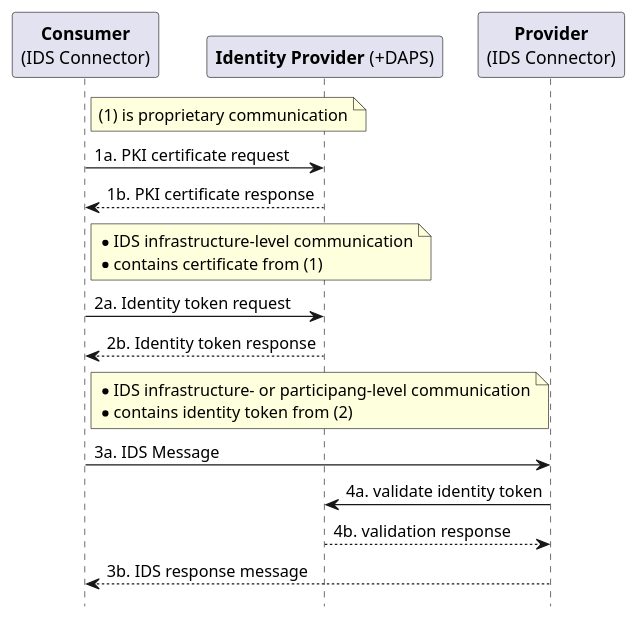
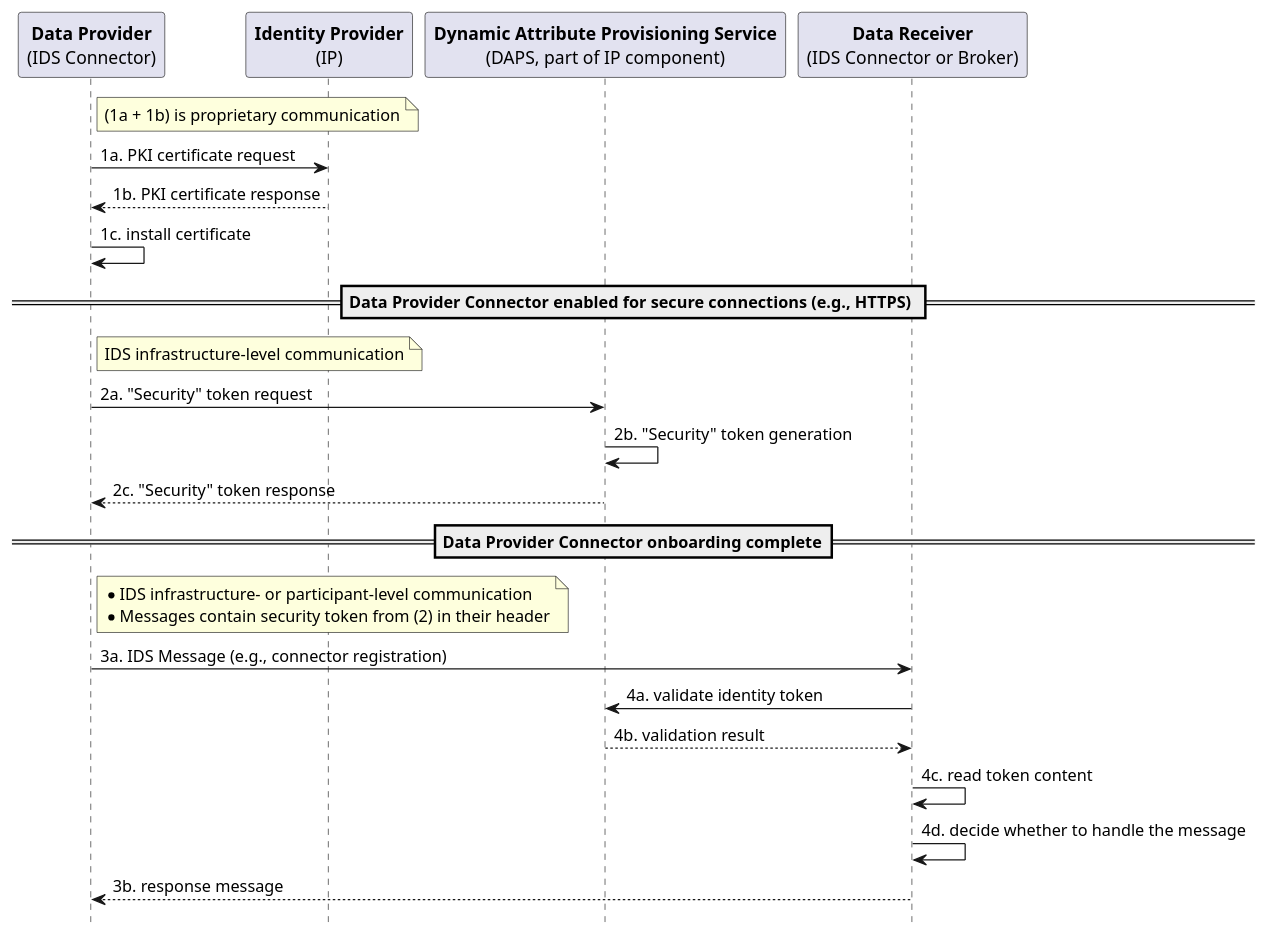
One commit to IndustrialDataSpace/Documentation changed the diagram in trusted_connection.plantuml. Above: the diagram before and after it, drawn with PlantUML.

Commit message:
adapt to match current understanding of dynamic attributes

```diff
--- a/trusted_connection.plantuml
+++ b/trusted_connection.plantuml
@@ -1,25 +1,35 @@
 @startuml
 
 hide footbox
 
-participant "**Consumer**\n(IDS Connector)" as C
-participant "**Identity Provider** (+DAPS)" as IDP
-participant "**Provider**\n(IDS Connector)" as P
+participant "**Data Provider**\n(IDS Connector)" as C
+participant "**Identity Provider**\n(IP)" as IDP
+participant "**Dynamic Attribute Provisioning Service**\n(DAPS, part of IP component)" as DAPS
+participant "**Data Receiver**\n(IDS Connector or Broker)" as P
 
-note right of C: (1) is proprietary communication
+note right of C: (1a + 1b) is proprietary communication
 C -> IDP: 1a. PKI certificate request
 C <-- IDP: 1b. PKI certificate response
 
-note right of C: *IDS infrastructure-level communication\n*contains certificate from (1)
-C -> IDP: 2a. Identity token request
-C <-- IDP: 2b. Identity token response
+C -> C: 1c. install certificate
 
-note right of C: *IDS infrastructure- or participang-level communication\n*contains identity token from (2)
-C -> P: 3a. IDS Message
+== Data Provider Connector enabled for secure connections (e.g., HTTPS) ==
 
-P -> IDP: 4a. validate identity token
-P <-- IDP: 4b. validation response
+note right of C: IDS infrastructure-level communication
+C -> DAPS: 2a. "Security" token request
+DAPS -> DAPS: 2b. "Security" token generation
+C <-- DAPS: 2c. "Security" token response
 
-C <-- P: 3b. IDS response message
+== Data Provider Connector onboarding complete==
+
+note right of C: *IDS infrastructure- or participant-level communication\n*Messages contain security token from (2) in their header
+C -> P: 3a. IDS Message (e.g., connector registration)
+
+P -> DAPS: 4a. validate identity token
+P <-- DAPS: 4b. validation result
+P -> P: 4c. read token content
+P -> P: 4d. decide whether to handle the message
+
+C <-- P: 3b. response message
 
 @enduml
```
